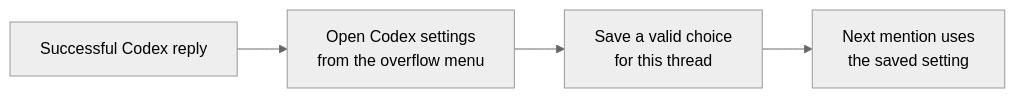
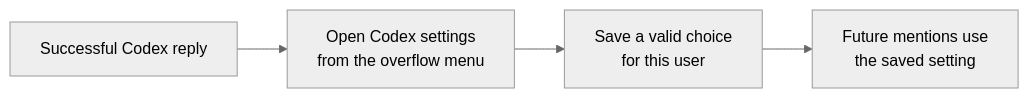
Diagram 13 of 18 in docs/user-flows.md (klovr-co/hover-tag), drawn with Mermaid (neutral theme) before and after one commit. The commit also changed other lines of this file and 24 other files, not shown here.

````diff
--- a/docs/user-flows.md
+++ b/docs/user-flows.md
@@ -494,9 +495,9 @@
 ```mermaid
 flowchart LR
     Reply["Successful Codex reply"]
     Choose["Open Codex settings<br/>from the overflow menu"]
-    Save["Save a valid choice<br/>for this thread"]
-    Next["Next mention uses<br/>the saved setting"]
+    Save["Save a valid choice<br/>for this user"]
+    Next["Future mentions use<br/>the saved setting"]
 
     Reply --> Choose --> Save --> Next
 ```
````
